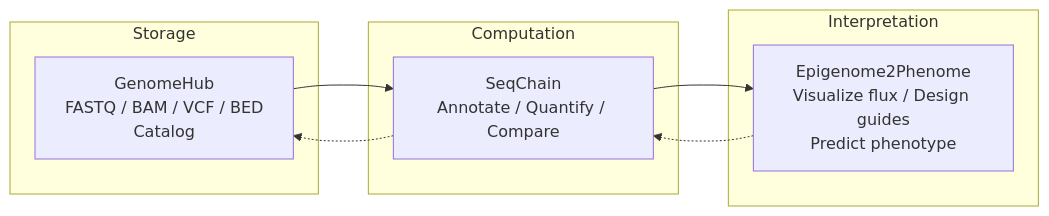
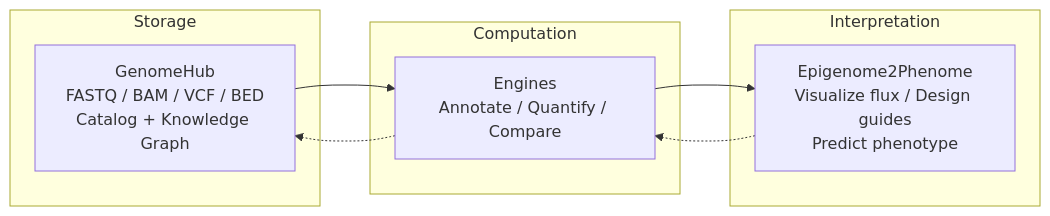
Before and after one commit to Nurture-Bio/GenomeHub: the diagram in README.md, drawn with Mermaid. The commit also changed other lines of this file and 13 other files, not shown here.

````diff
--- a/README.md
+++ b/README.md
@@ -186,15 +225,15 @@
 ```mermaid
 flowchart LR
     subgraph Storage
-        GH[GenomeHub<br/>FASTQ / BAM / VCF / BED<br/>Catalog]
+        GH[GenomeHub<br/>FASTQ / BAM / VCF / BED<br/>Catalog + Knowledge Graph]
     end
     subgraph Computation
-        SC[SeqChain<br/>Annotate / Quantify / Compare]
+        SC[Engines<br/>Annotate / Quantify / Compare]
     end
     subgraph Interpretation
         E2P[Epigenome2Phenome<br/>Visualize flux / Design guides<br/>Predict phenotype]
     end
 
     GH --> SC --> E2P
     E2P -.-> SC -.-> GH
 ```
````
